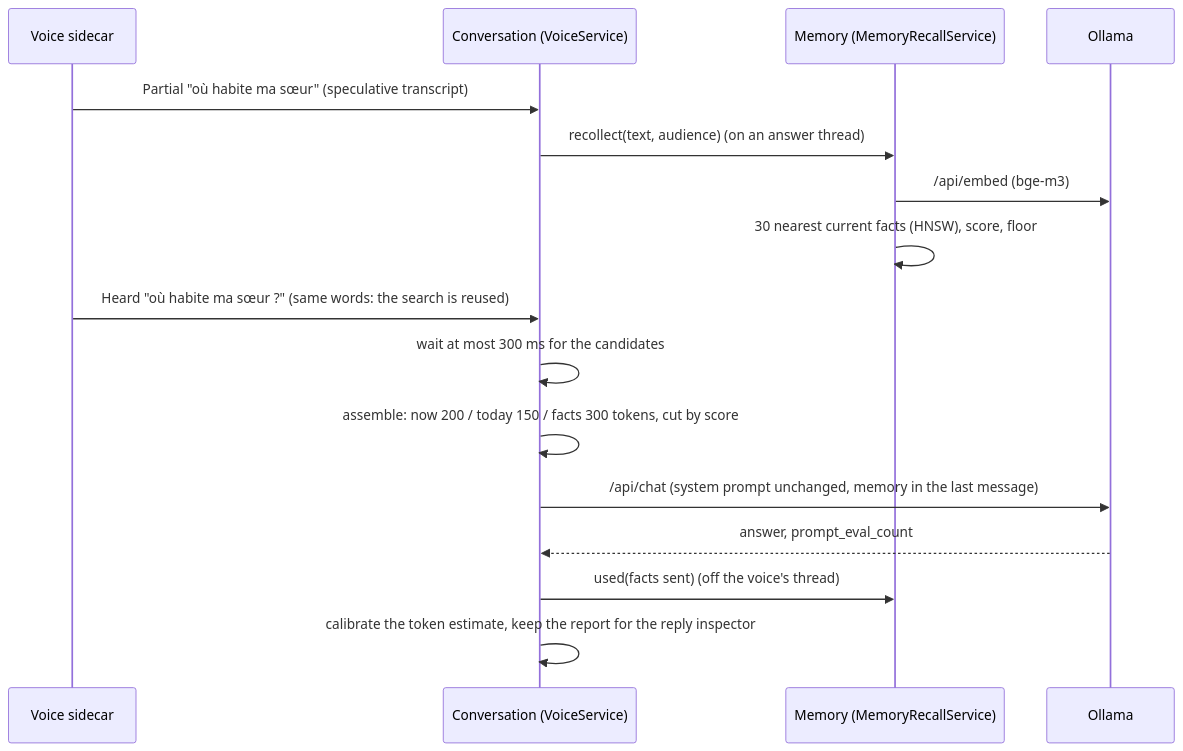
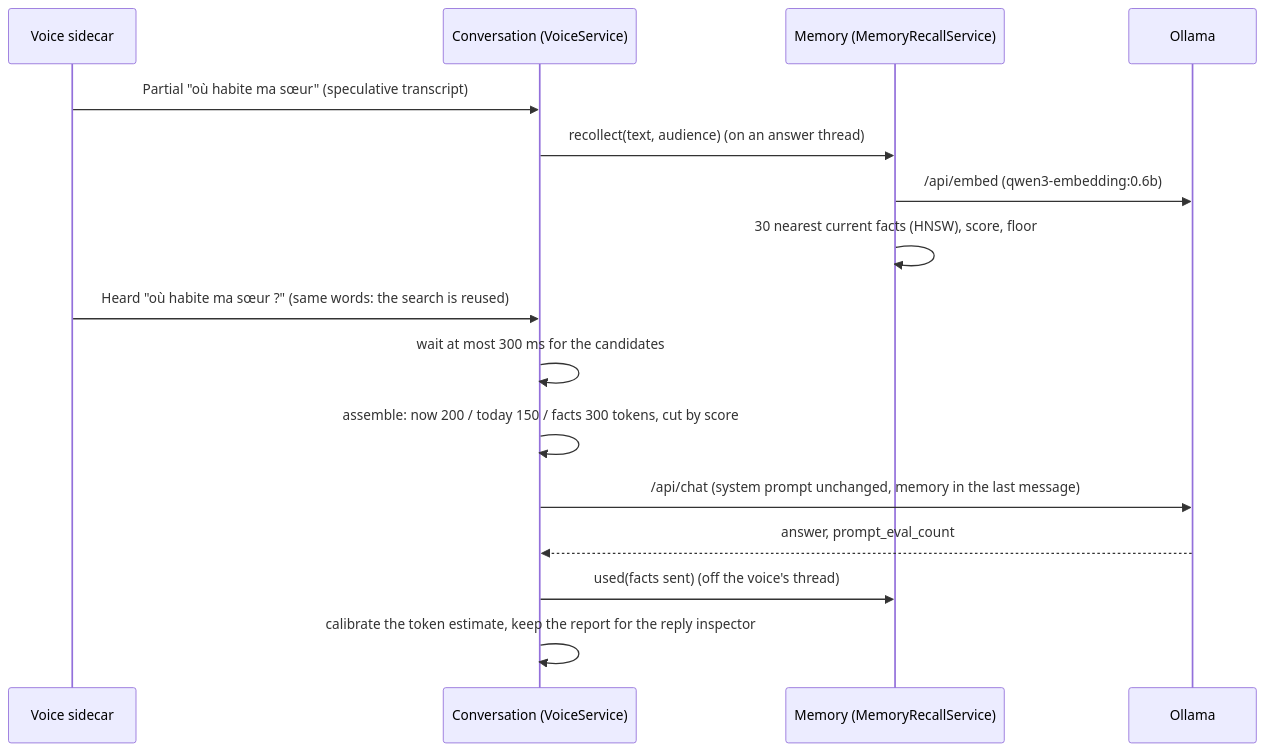
One commit to SebastienTr/Marvin changed the fifth of 6 diagrams in docs/memory.md. Above: the diagram before and after it, drawn with Mermaid. The commit also changed other lines of this file and 38 other files, not shown here.

Commit message:
Memory: qwen3-embedding:0.6b as the default embedding model; golden recordings versioned so a fresh clone and CI build

````diff
--- a/docs/memory.md
+++ b/docs/memory.md
@@ -216,18 +216,18 @@
 ```mermaid
 sequenceDiagram
   participant V as Voice sidecar
   participant C as Conversation (VoiceService)
   participant M as Memory (MemoryRecallService)
   participant O as Ollama
   V->>C: Partial "où habite ma sœur" (speculative transcript)
   C->>M: recollect(text, audience) (on an answer thread)
-  M->>O: /api/embed (bge-m3)
+  M->>O: /api/embed (qwen3-embedding:0.6b)
   M->>M: 30 nearest current facts (HNSW), score, floor
   V->>C: Heard "où habite ma sœur ?" (same words: the search is reused)
   C->>C: wait at most 300 ms for the candidates
   C->>C: assemble: now 200 / today 150 / facts 300 tokens, cut by score
   C->>O: /api/chat (system prompt unchanged, memory in the last message)
   O-->>C: answer, prompt_eval_count
   C->>M: used(facts sent) (off the voice's thread)
   C->>C: calibrate the token estimate, keep the report for the reply inspector
 ```
````
